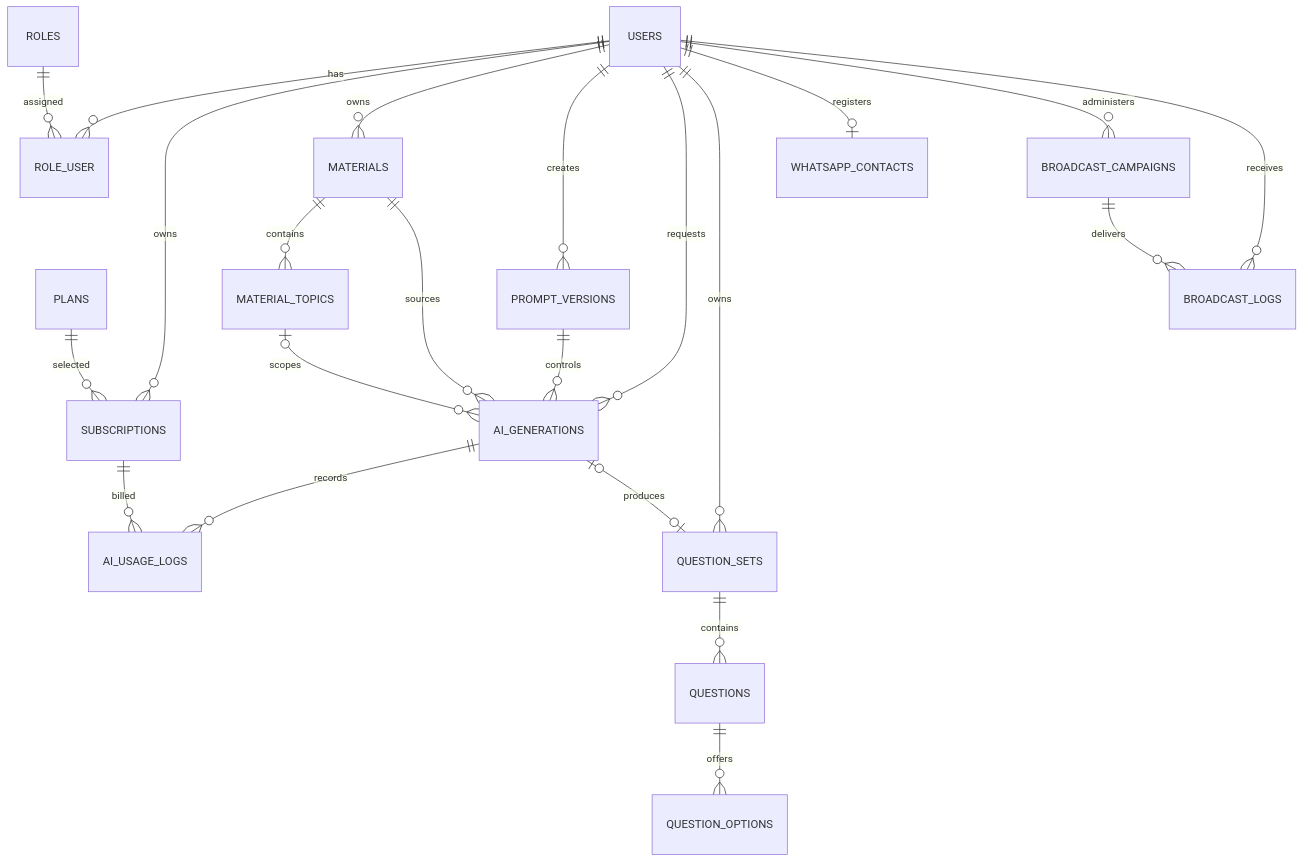
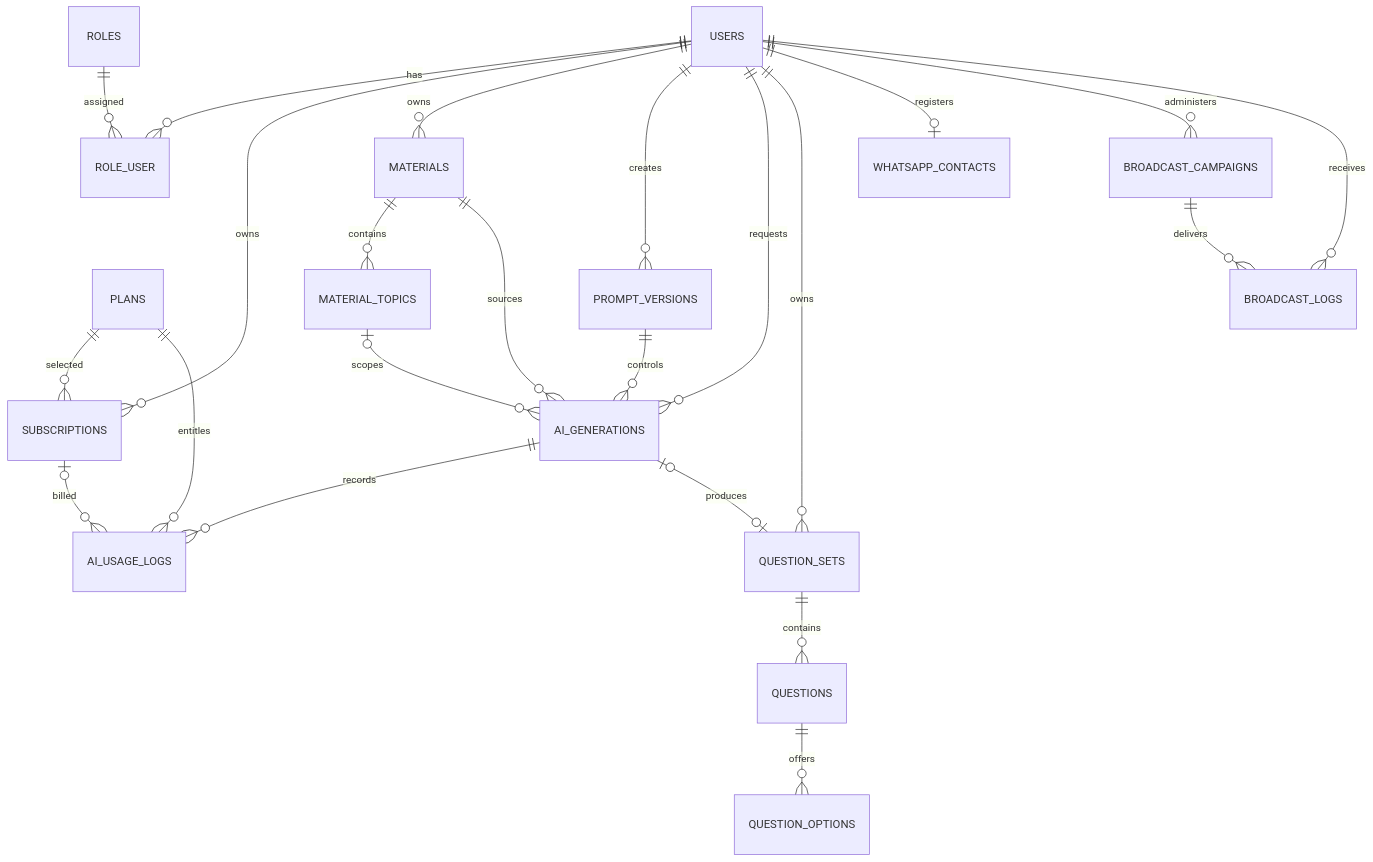
The second of 2 diagrams in docs/database/DATABASE_REFERENCE.md (1aghismuhammad/Quiestion-Bank-), drawn with Mermaid before and after one commit. The commit also changed other lines of this file and 24 other files, not shown here.

````diff
--- a/docs/database/DATABASE_REFERENCE.md
+++ b/docs/database/DATABASE_REFERENCE.md
@@ -211,24 +241,25 @@
 ```mermaid
 erDiagram
     USERS ||--o{ ROLE_USER : has
     ROLES ||--o{ ROLE_USER : assigned
     USERS ||--o{ SUBSCRIPTIONS : owns
     PLANS ||--o{ SUBSCRIPTIONS : selected
     USERS ||--o{ MATERIALS : owns
     MATERIALS ||--o{ MATERIAL_TOPICS : contains
     USERS ||--o{ PROMPT_VERSIONS : creates
     USERS ||--o{ AI_GENERATIONS : requests
     MATERIALS ||--o{ AI_GENERATIONS : sources
     MATERIAL_TOPICS o|--o{ AI_GENERATIONS : scopes
     PROMPT_VERSIONS ||--o{ AI_GENERATIONS : controls
-    SUBSCRIPTIONS ||--o{ AI_USAGE_LOGS : billed
+    PLANS ||--o{ AI_USAGE_LOGS : entitles
+    SUBSCRIPTIONS |o--o{ AI_USAGE_LOGS : billed
     AI_GENERATIONS ||--o{ AI_USAGE_LOGS : records
     USERS ||--o{ QUESTION_SETS : owns
     AI_GENERATIONS o|--o| QUESTION_SETS : produces
     QUESTION_SETS ||--o{ QUESTIONS : contains
     QUESTIONS ||--o{ QUESTION_OPTIONS : offers
     USERS ||--o| WHATSAPP_CONTACTS : registers
     USERS ||--o{ BROADCAST_CAMPAIGNS : administers
     BROADCAST_CAMPAIGNS ||--o{ BROADCAST_LOGS : delivers
     USERS ||--o{ BROADCAST_LOGS : receives
 ```
````
